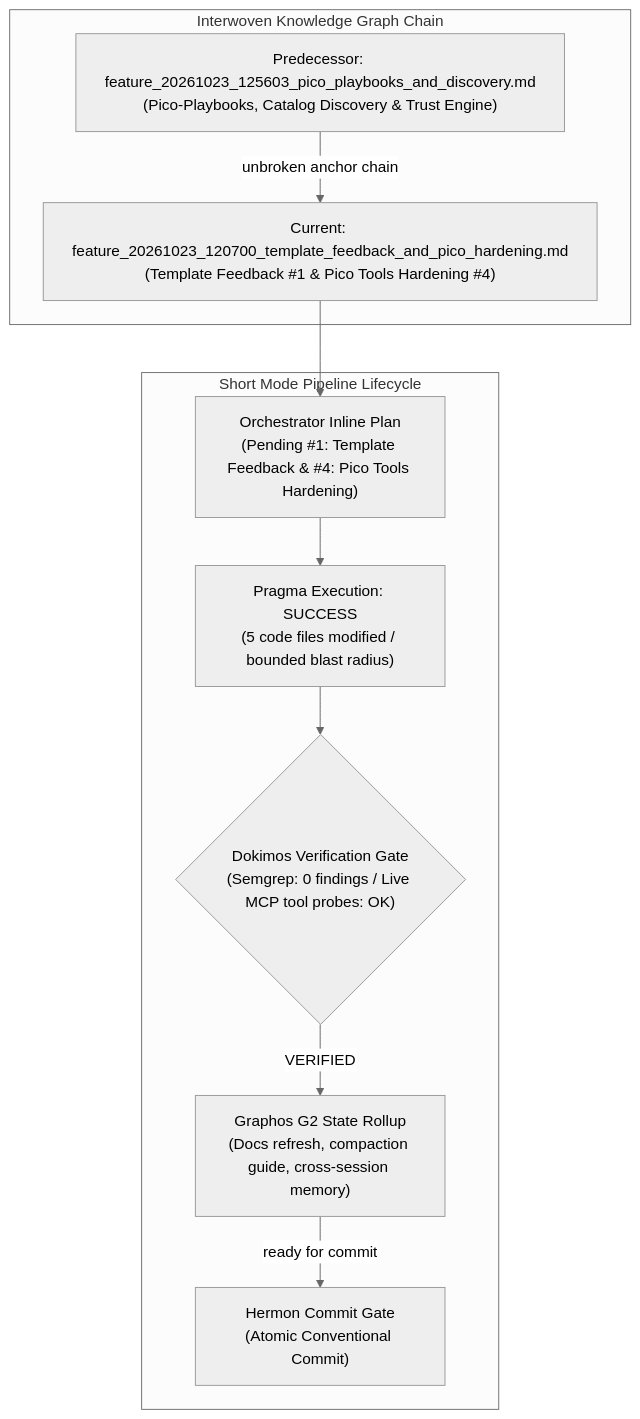
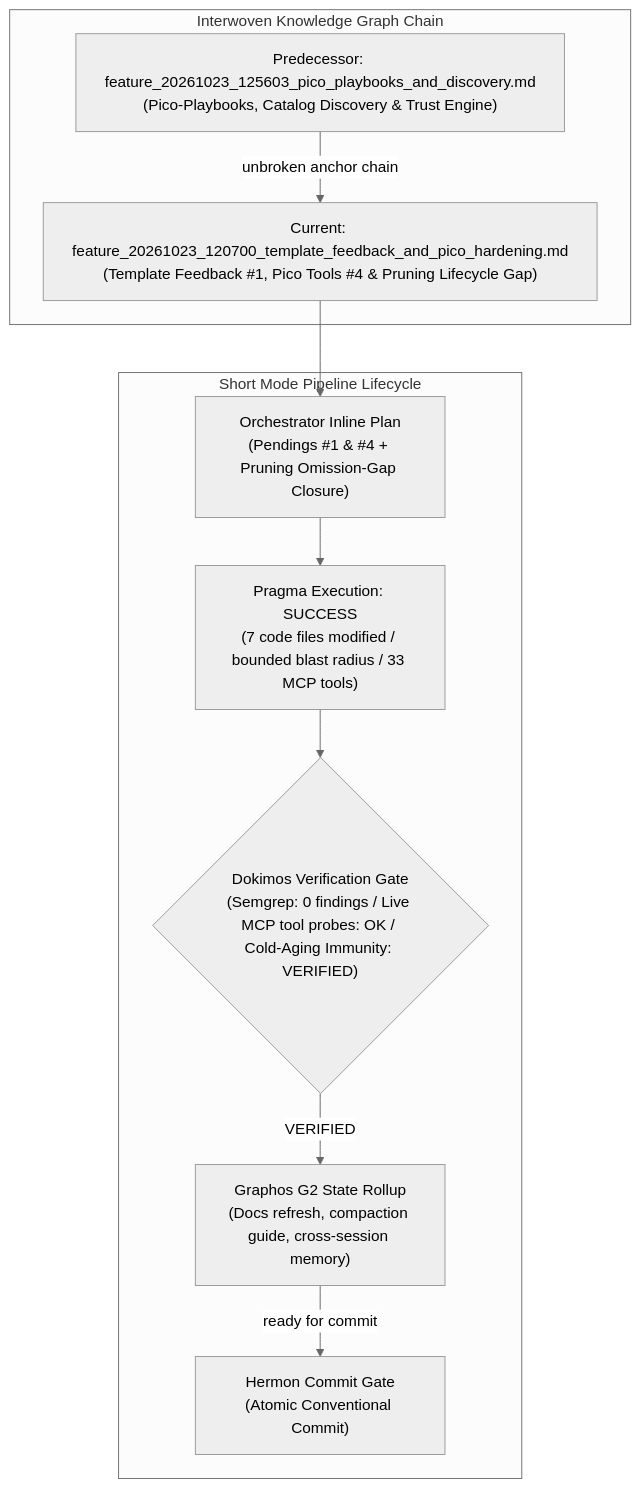
The first of 2 diagrams in docs/pipeline/feature_20261023_120700_template_feedback_and_pico_hardening.md (ancrz/agent-execution-plane), drawn with Mermaid (neutral theme) before and after one commit. The commit also changed other lines of this file and 3 other files, not shown here.

````diff
--- a/docs/pipeline/feature_20261023_120700_template_feedback_and_pico_hardening.md
+++ b/docs/pipeline/feature_20261023_120700_template_feedback_and_pico_hardening.md
@@ -24,22 +26,22 @@
 ```mermaid
 flowchart TD
     subgraph Chain["Interwoven Knowledge Graph Chain"]
         D1["Predecessor: feature_20261023_125603_pico_playbooks_and_discovery.md<br/>(Pico-Playbooks, Catalog Discovery & Trust Engine)"]
-        D2["Current: feature_20261023_120700_template_feedback_and_pico_hardening.md<br/>(Template Feedback #1 & Pico Tools Hardening #4)"]
+        D2["Current: feature_20261023_120700_template_feedback_and_pico_hardening.md<br/>(Template Feedback #1, Pico Tools #4 & Pruning Lifecycle Gap)"]
         D1 -->|"unbroken anchor chain"| D2
     end
 
     subgraph Pipeline["Short Mode Pipeline Lifecycle"]
-        P1["Orchestrator Inline Plan<br/>(Pending #1: Template Feedback & #4: Pico Tools Hardening)"]
-        PR1["Pragma Execution: SUCCESS<br/>(5 code files modified / bounded blast radius)"]
-        DK1{"Dokimos Verification Gate<br/>(Semgrep: 0 findings / Live MCP tool probes: OK)"}
+        P1["Orchestrator Inline Plan<br/>(Pendings #1 & #4 + Pruning Omission-Gap Closure)"]
+        PR1["Pragma Execution: SUCCESS<br/>(7 code files modified / bounded blast radius / 33 MCP tools)"]
+        DK1{"Dokimos Verification Gate<br/>(Semgrep: 0 findings / Live MCP tool probes: OK / Cold-Aging Immunity: VERIFIED)"}
         G2["Graphos G2 State Rollup<br/>(Docs refresh, compaction guide, cross-session memory)"]
         H1["Hermon Commit Gate<br/>(Atomic Conventional Commit)"]
     end
 
     D2 --> P1
     P1 --> PR1
     PR1 --> DK1
     DK1 -->|"VERIFIED"| G2
     G2 -->|"ready for commit"| H1
 ```
````
